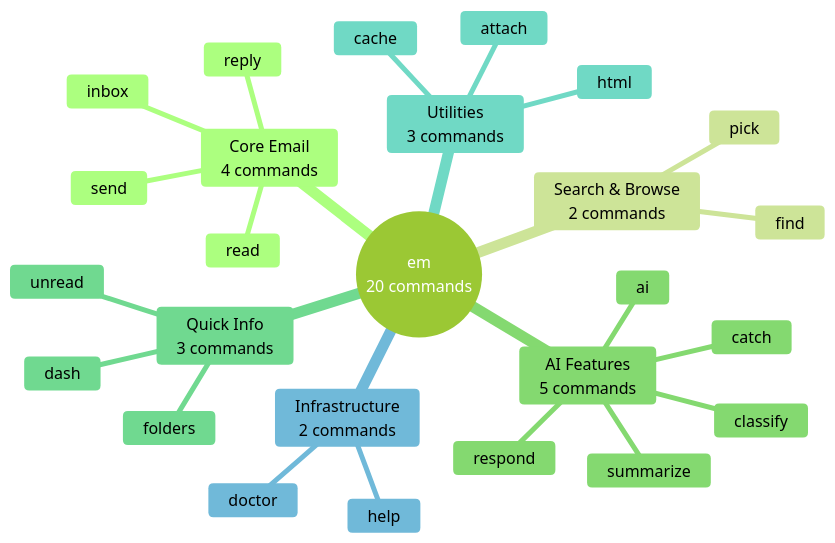
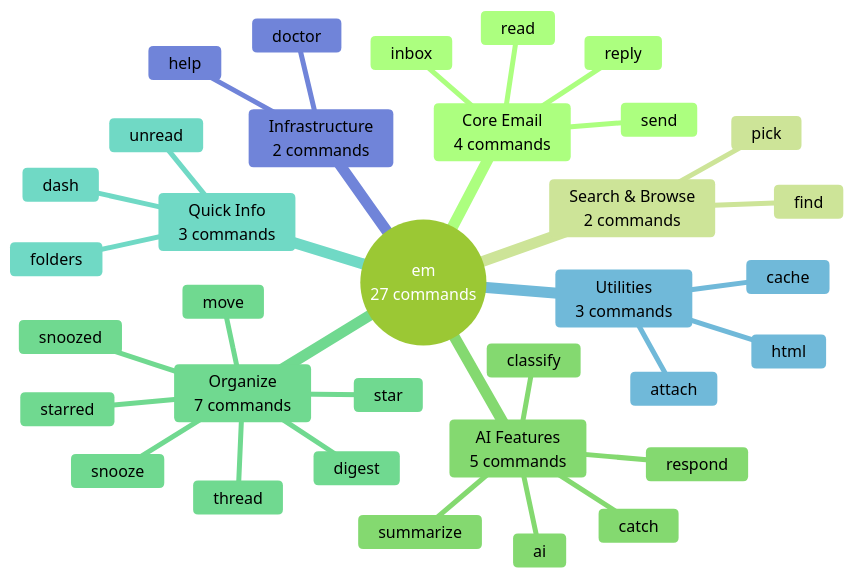
One commit to Data-Wise/flow-cli changed the first of 2 diagrams in docs/reference/REFCARD-EMAIL-DISPATCHER.md. Above: the diagram before and after it, drawn with Mermaid (forest theme). The commit also changed other lines of this file and 12 other files, not shown here.

First line of the commit message:
feat: em organize commands — star, move, thread, snooze, digest (#402)

````diff
--- a/docs/reference/REFCARD-EMAIL-DISPATCHER.md
+++ b/docs/reference/REFCARD-EMAIL-DISPATCHER.md
@@ -13,29 +13,37 @@
 ```mermaid
 mindmap
-  root((em<br/>20 commands))
+  root((em<br/>27 commands))
     Core Email<br/>4 commands
       inbox
       read
       send
       reply
     Search & Browse<br/>2 commands
       find
       pick
     AI Features<br/>5 commands
       respond
       classify
       summarize
       ai
       catch
+    Organize<br/>7 commands
+      star
+      starred
+      move
+      thread
+      snooze
+      snoozed
+      digest
     Quick Info<br/>3 commands
       unread
       dash
       folders
     Utilities<br/>3 commands
       attach
       html
       cache
     Infrastructure<br/>2 commands
       doctor
       help
 ```
````
